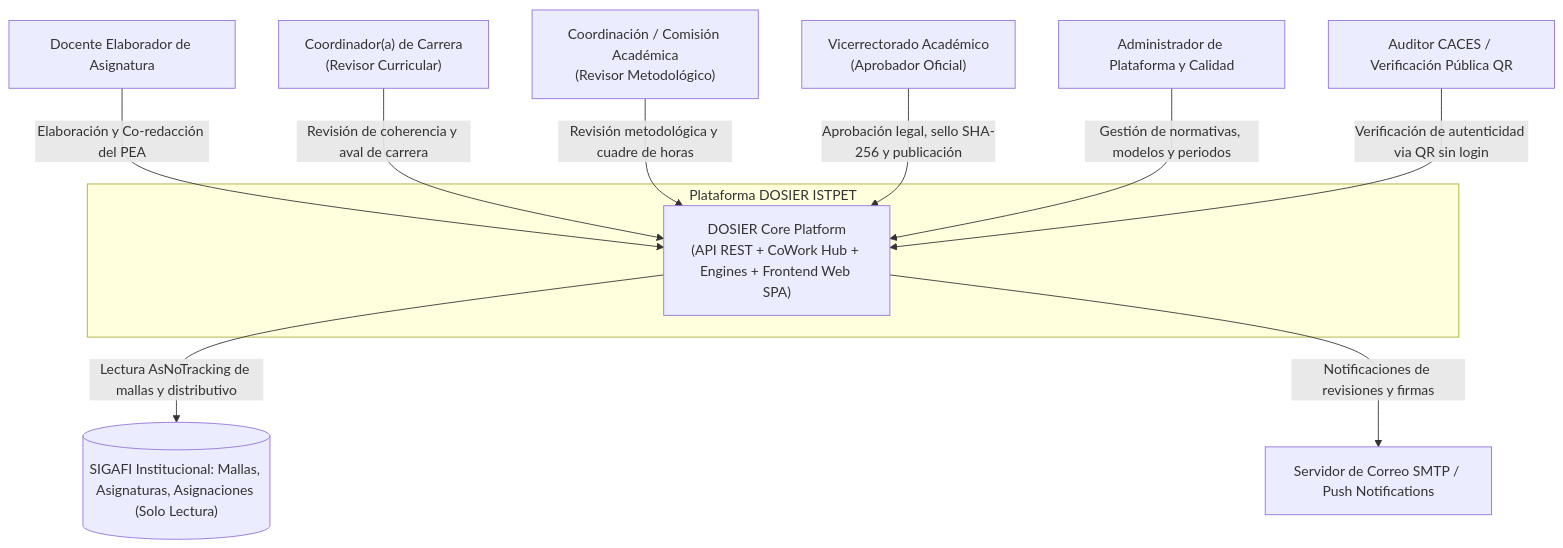
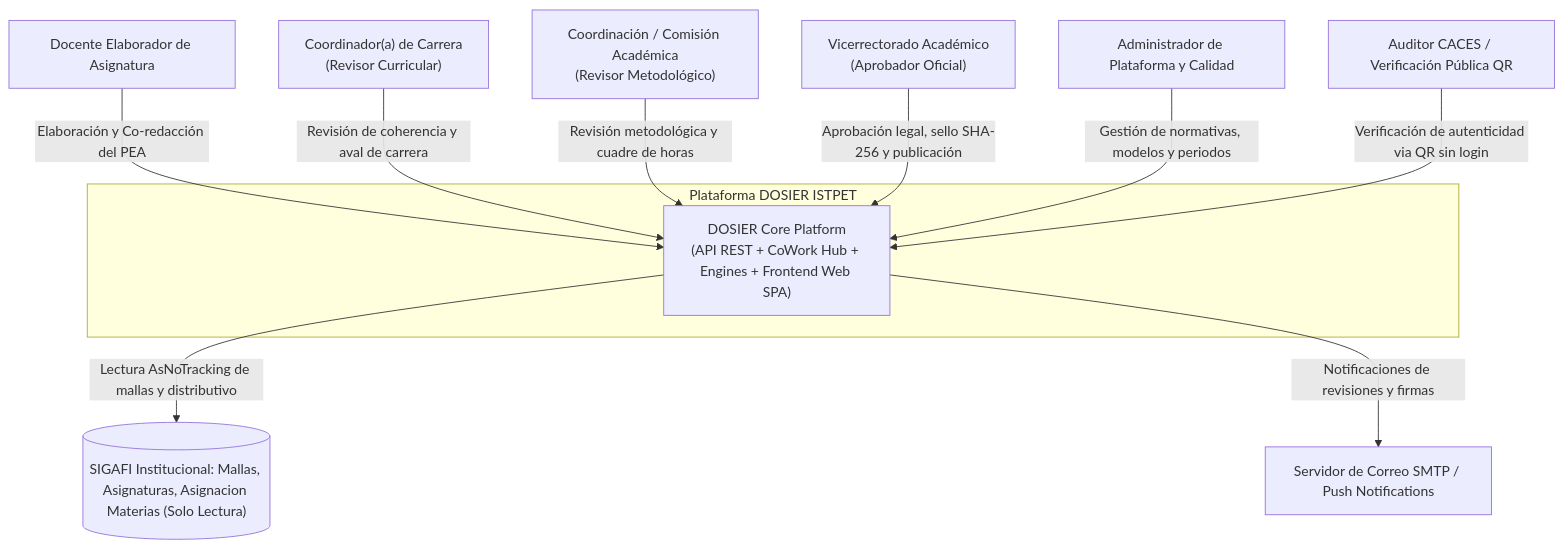
One commit to JorgeDoicela/dosier changed the second of 3 diagrams in docs/documentacion/01-arquitectura/01-macro-arquitectura-clean-arch.md. Above: the diagram before and after it, drawn with Mermaid. The commit also changed other lines of this file and 35 other files, not shown here.

````diff
--- a/docs/documentacion/01-arquitectura/01-macro-arquitectura-clean-arch.md
+++ b/docs/documentacion/01-arquitectura/01-macro-arquitectura-clean-arch.md
@@ -60,26 +60,26 @@
 ```mermaid
 graph TD
     Docente["Docente Elaborador de Asignatura"]
     CoordCarrera["Coordinador(a) de Carrera\n(Revisor Curricular)"]
     CoordAcad["Coordinación / Comisión Académica\n(Revisor Metodológico)"]
     Vicerrector["Vicerrectorado Académico\n(Aprobador Oficial)"]
     Admin["Administrador de Plataforma y Calidad"]
     Publico["Auditor CACES / Verificación Pública QR"]
 
     subgraph DOSIERSystem ["Plataforma DOSIER ISTPET"]
         CoreSystem["DOSIER Core Platform\n(API REST + CoWork Hub + Engines + Frontend Web SPA)"]
     end
 
-    SIGAFI[("SIGAFI Institucional: Mallas, Asignaturas, Asignaciones (Solo Lectura)")]
+    SIGAFI[("SIGAFI Institucional: Mallas, Asignaturas, Asignacion Materias (Solo Lectura)")]
     SMTPService["Servidor de Correo SMTP / Push Notifications"]
 
     Docente -->|Elaboración y Co-redacción del PEA| CoreSystem
     CoordCarrera -->|Revisión de coherencia y aval de carrera| CoreSystem
     CoordAcad -->|Revisión metodológica y cuadre de horas| CoreSystem
     Vicerrector -->|Aprobación legal, sello SHA-256 y publicación| CoreSystem
     Admin -->|Gestión de normativas, modelos y periodos| CoreSystem
     Publico -->|Verificación de autenticidad via QR sin login| CoreSystem
 
     CoreSystem -->|Lectura AsNoTracking de mallas y distributivo| SIGAFI
     CoreSystem -->|Notificaciones de revisiones y firmas| SMTPService
 ```
````
